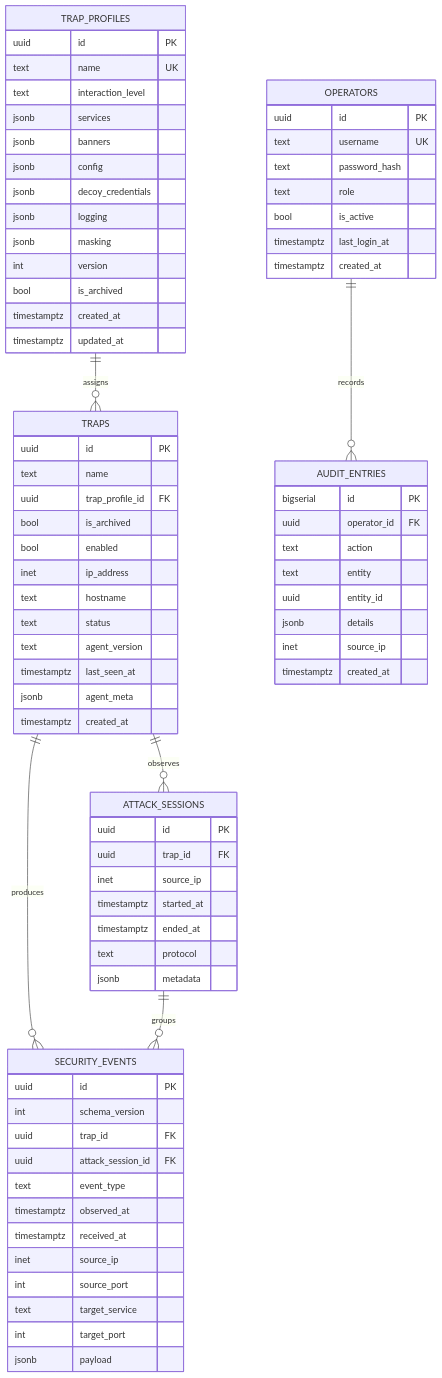
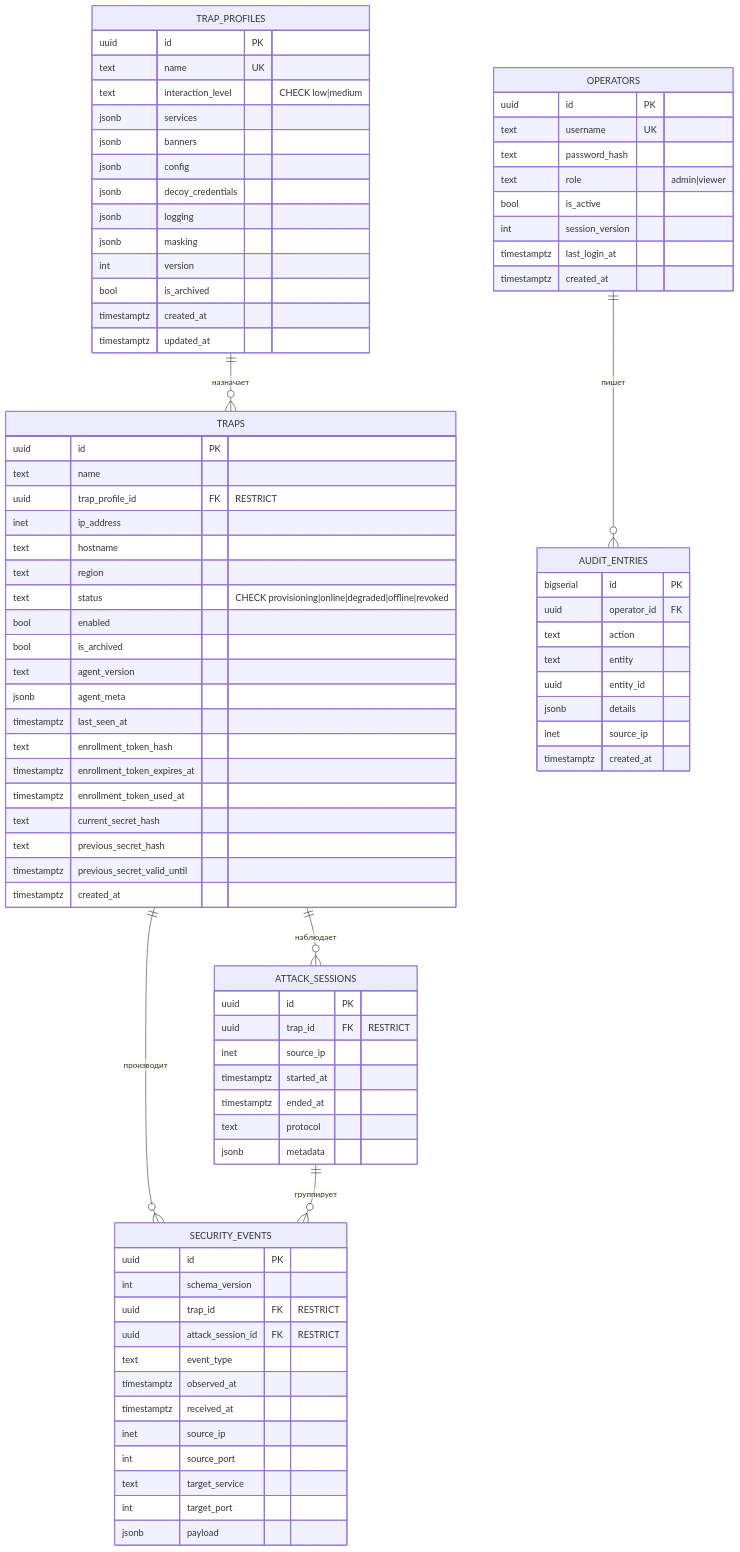
The diagram in docs/database.md (ArtiKn/HoneyForge), drawn with Mermaid before and after one commit. The commit also changed other lines of this file and 9 other files, not shown here.

````diff
--- a/docs/database.md
+++ b/docs/database.md
@@ -5,15 +10,15 @@
 ```mermaid
 erDiagram
-    TRAP_PROFILES ||--o{ TRAPS : assigns
-    TRAPS ||--o{ ATTACK_SESSIONS : observes
-    TRAPS ||--o{ SECURITY_EVENTS : produces
-    ATTACK_SESSIONS ||--o{ SECURITY_EVENTS : groups
-    OPERATORS ||--o{ AUDIT_ENTRIES : records
+    TRAP_PROFILES ||--o{ TRAPS : "назначает"
+    TRAPS ||--o{ ATTACK_SESSIONS : "наблюдает"
+    TRAPS ||--o{ SECURITY_EVENTS : "производит"
+    ATTACK_SESSIONS ||--o{ SECURITY_EVENTS : "группирует"
+    OPERATORS ||--o{ AUDIT_ENTRIES : "пишет"
 
     TRAP_PROFILES {
         uuid id PK
         text name UK
-        text interaction_level
+        text interaction_level "CHECK low|medium"
         jsonb services
         jsonb banners
         jsonb config
@@ -28,20 +33,27 @@
     TRAPS {
         uuid id PK
         text name
-        uuid trap_profile_id FK
-        bool is_archived
-        bool enabled
+        uuid trap_profile_id FK "RESTRICT"
         inet ip_address
         text hostname
-        text status
+        text region
+        text status "CHECK provisioning|online|degraded|offline|revoked"
+        bool enabled
+        bool is_archived
         text agent_version
+        jsonb agent_meta
         timestamptz last_seen_at
-        jsonb agent_meta
+        text enrollment_token_hash
+        timestamptz enrollment_token_expires_at
+        timestamptz enrollment_token_used_at
+        text current_secret_hash
+        text previous_secret_hash
+        timestamptz previous_secret_valid_until
         timestamptz created_at
     }
     ATTACK_SESSIONS {
         uuid id PK
-        uuid trap_id FK
+        uuid trap_id FK "RESTRICT"
         inet source_ip
         timestamptz started_at
         timestamptz ended_at
@@ -51,8 +63,8 @@
     SECURITY_EVENTS {
         uuid id PK
         int schema_version
-        uuid trap_id FK
-        uuid attack_session_id FK
+        uuid trap_id FK "RESTRICT"
+        uuid attack_session_id FK "RESTRICT"
         text event_type
         timestamptz observed_at
         timestamptz received_at
@@ -66,8 +78,9 @@
         uuid id PK
         text username UK
         text password_hash
-        text role
+        text role "admin|viewer"
         bool is_active
+        int session_version
         timestamptz last_login_at
         timestamptz created_at
     }
````
